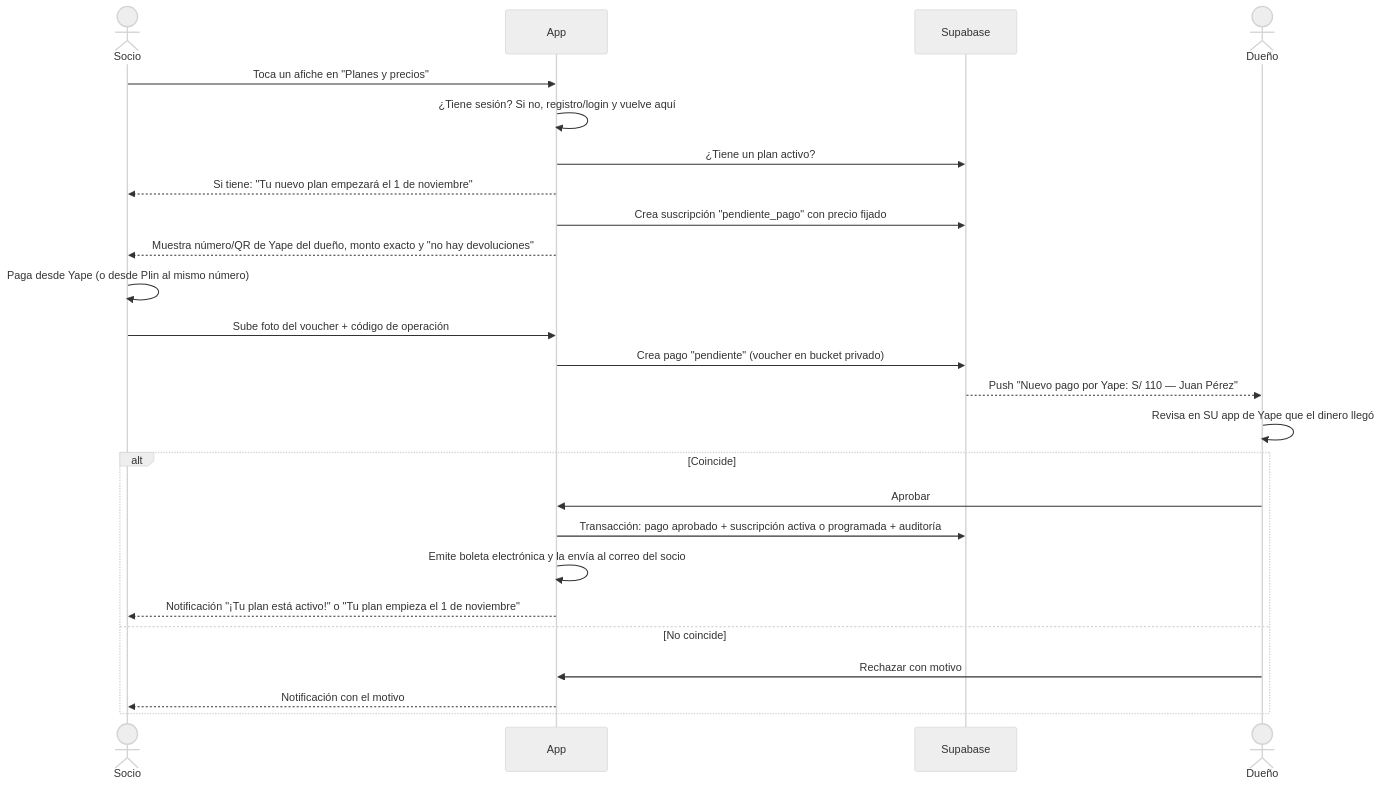
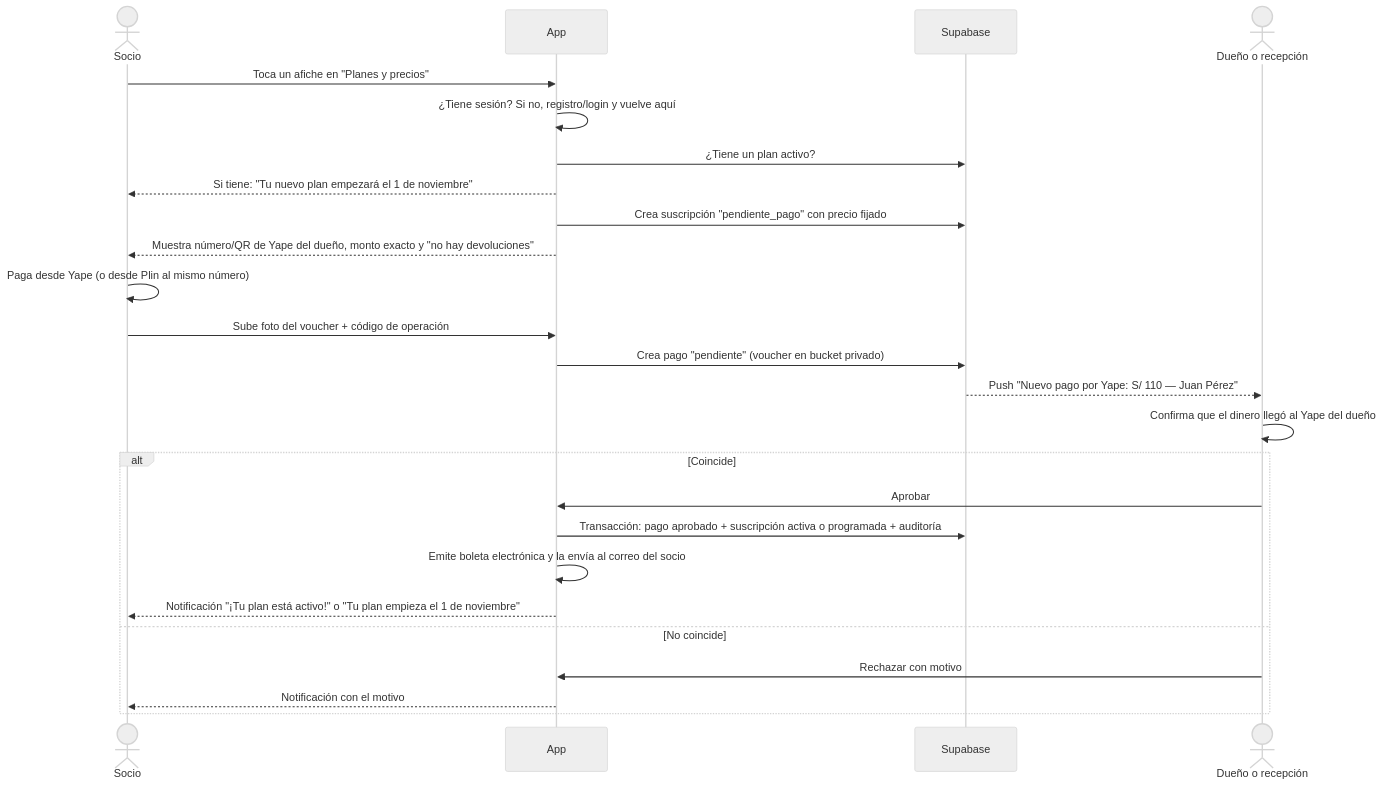
Before and after one commit to BernardoCOD/aula-ia-cientifica: the second of 2 diagrams in PLAN.md, drawn with Mermaid (neutral theme). The commit also changed other lines of this file and 1 other file, not shown here.

````diff
--- a/PLAN.md
+++ b/PLAN.md
@@ -588,27 +598,27 @@
 ```mermaid
 sequenceDiagram
     actor S as Socio
     participant App
     participant BD as Supabase
-    actor D as Dueño
+    actor D as Dueño o recepción
     S->>App: Toca un afiche en "Planes y precios"
     App->>App: ¿Tiene sesión? Si no, registro/login y vuelve aquí
     App->>BD: ¿Tiene un plan activo?
     App-->>S: Si tiene: "Tu nuevo plan empezará el 1 de noviembre"
     App->>BD: Crea suscripción "pendiente_pago" con precio fijado
     App-->>S: Muestra número/QR de Yape del dueño, monto exacto y "no hay devoluciones"
     S->>S: Paga desde Yape (o desde Plin al mismo número)
     S->>App: Sube foto del voucher + código de operación
     App->>BD: Crea pago "pendiente" (voucher en bucket privado)
     BD-->>D: Push "Nuevo pago por Yape: S/ 110 — Juan Pérez"
-    D->>D: Revisa en SU app de Yape que el dinero llegó
+    D->>D: Confirma que el dinero llegó al Yape del dueño
     alt Coincide
         D->>App: Aprobar
         App->>BD: Transacción: pago aprobado + suscripción activa o programada + auditoría
         App->>App: Emite boleta electrónica y la envía al correo del socio
         App-->>S: Notificación "¡Tu plan está activo!" o "Tu plan empieza el 1 de noviembre"
     else No coincide
         D->>App: Rechazar con motivo
         App-->>S: Notificación con el motivo
     end
 ```
````
